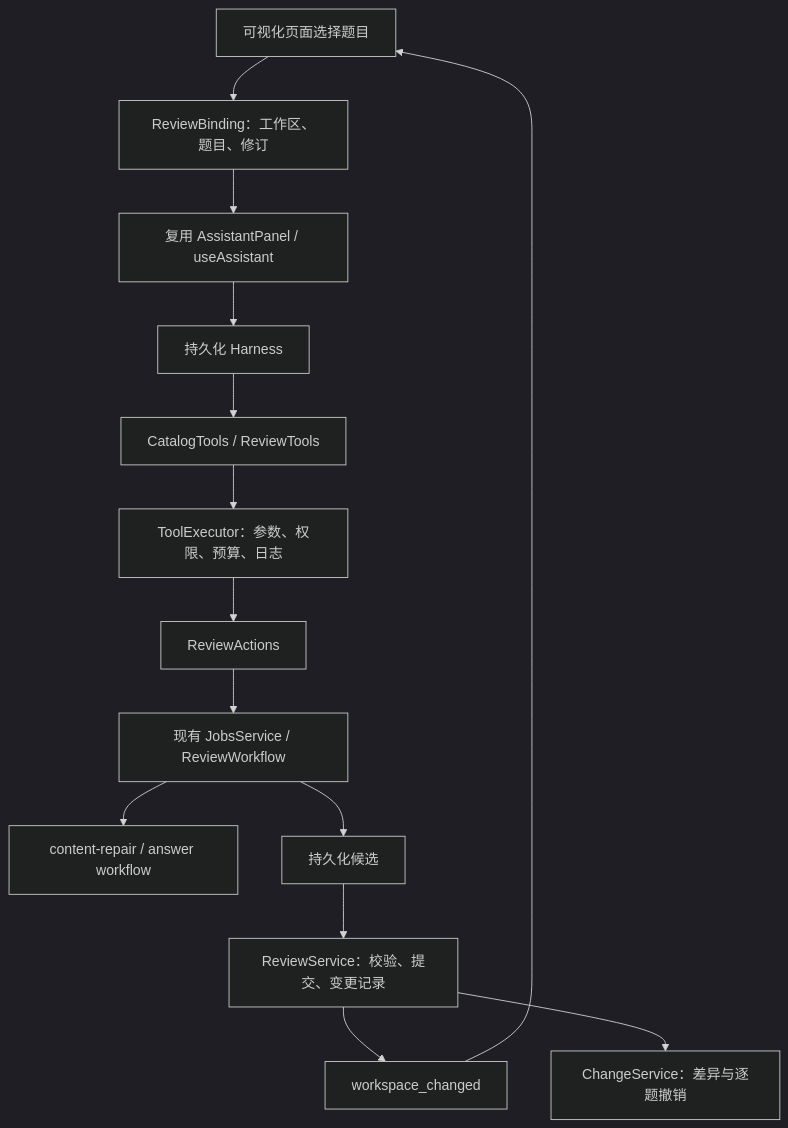
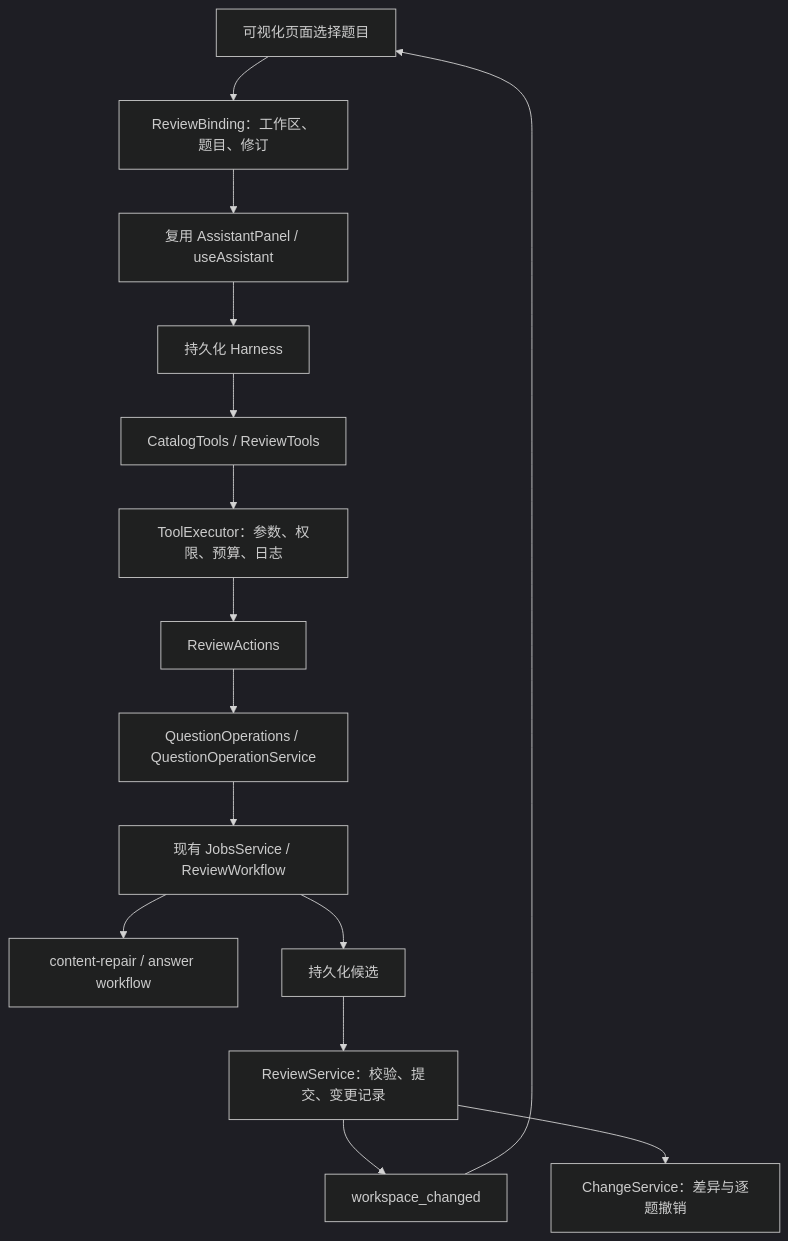
One commit to BY-Elysia/question_bank_auto changed the diagram in docs/embedded-review-assistant.md. Above: the diagram before and after it, drawn with Mermaid (dark theme). The commit also changed other lines of this file and 35 other files, not shown here.

Commit message:
refactor: isolate review operations and assistant presentation boundaries

````diff
--- a/docs/embedded-review-assistant.md
+++ b/docs/embedded-review-assistant.md
@@ -7,16 +7,17 @@
 ```mermaid
 flowchart TD
   Page[可视化页面选择题目] --> Binding[ReviewBinding：工作区、题目、修订]
   Binding --> Chat[复用 AssistantPanel / useAssistant]
   Chat --> Harness[持久化 Harness]
   Harness --> Tools[CatalogTools / ReviewTools]
   Tools --> Executor[ToolExecutor：参数、权限、预算、日志]
   Executor --> Actions[ReviewActions]
-  Actions --> Jobs[现有 JobsService / ReviewWorkflow]
+  Actions --> Operations[QuestionOperations / QuestionOperationService]
+  Operations --> Jobs[现有 JobsService / ReviewWorkflow]
   Jobs --> Skills[content-repair / answer workflow]
   Jobs --> Proposal[持久化候选]
   Proposal --> Commit[ReviewService：校验、提交、变更记录]
   Commit --> Events[workspace_changed]
   Events --> Page
   Commit --> Changes[ChangeService：差异与逐题撤销]
 ```
````
